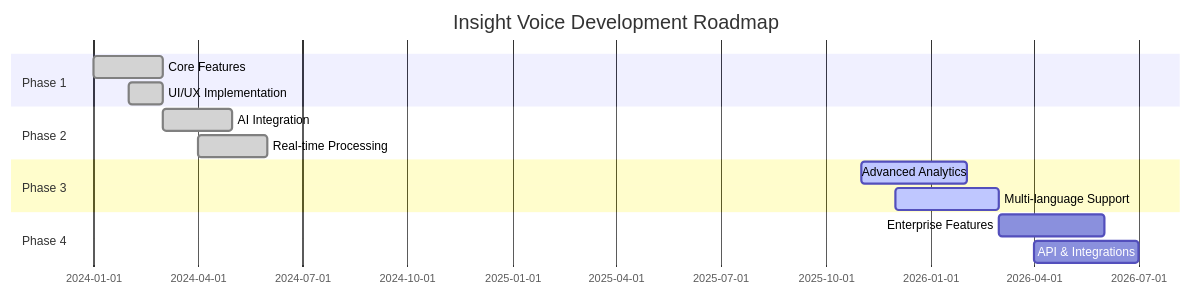
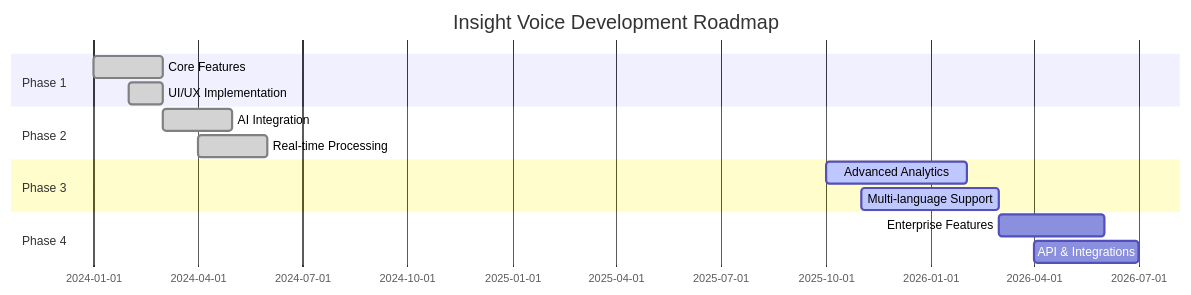
The sixth of 6 diagrams in README.md (Yash-Kavaiya/insight-voice), drawn with Mermaid before and after one commit.

Commit message:
Adjust roadmap timeline for active status accuracy

````diff
--- a/README.md
+++ b/README.md
@@ -503,17 +503,17 @@
 ```mermaid
 gantt
     title Insight Voice Development Roadmap
     dateFormat YYYY-MM
     section Phase 1
     Core Features           :done, 2024-01, 2024-03
     UI/UX Implementation    :done, 2024-02, 2024-03
     section Phase 2
     AI Integration          :done, 2024-03, 2024-05
     Real-time Processing    :done, 2024-04, 2024-06
     section Phase 3
-    Advanced Analytics      :active, 2025-11, 2026-02
-    Multi-language Support  :active, 2025-12, 2026-03
+    Advanced Analytics      :active, 2025-10, 2026-02
+    Multi-language Support  :active, 2025-11, 2026-03
     section Phase 4
     Enterprise Features     :2026-03, 2026-06
     API & Integrations      :2026-04, 2026-07
 ```
````
